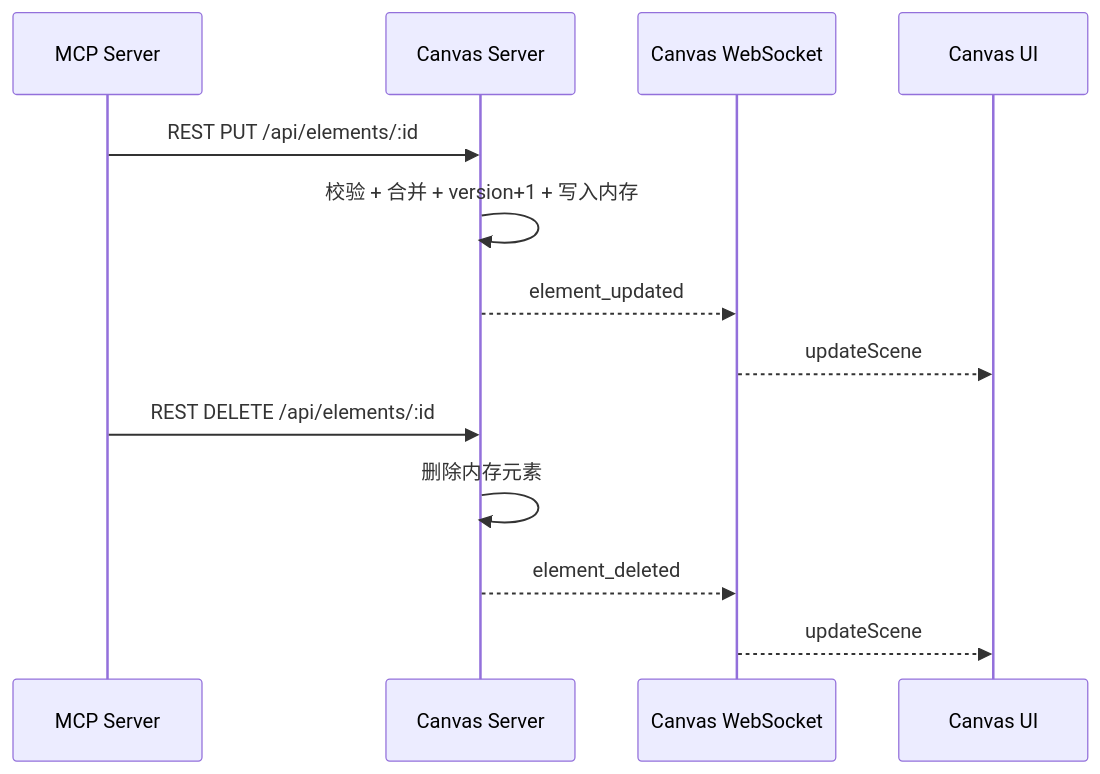
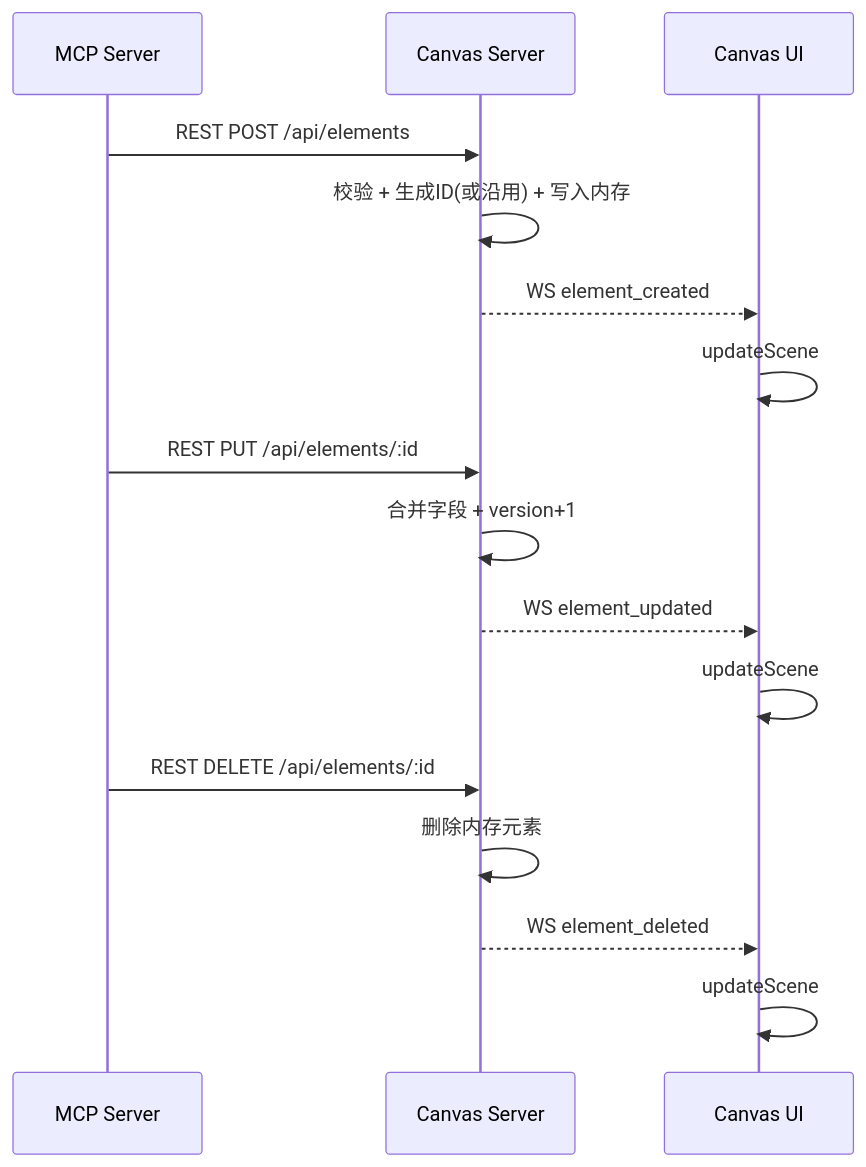
The second of 10 diagrams in README.md (jimorsm/obsidian-mcp-bridge-demo), drawn with Mermaid before and after one commit. The commit also changed other lines of this file and 2 other files, not shown here.

Commit message:
Refine bridge demo flows and API

````diff
--- a/README.md
+++ b/README.md
@@ -144,17 +35,21 @@
 ```mermaid
 sequenceDiagram
   participant MCP as MCP Server
   participant Canvas as Canvas Server
-  participant WS as Canvas WebSocket
   participant UI as Canvas UI
 
+  MCP->>Canvas: REST POST /api/elements
+  Canvas->>Canvas: 校验 + 生成ID(或沿用) + 写入内存
+  Canvas-->>UI: WS element_created
+  UI->>UI: updateScene
+
   MCP->>Canvas: REST PUT /api/elements/:id
-  Canvas->>Canvas: 校验 + 合并 + version+1 + 写入内存
-  Canvas-->>WS: element_updated
-  WS-->>UI: updateScene
+  Canvas->>Canvas: 合并字段 + version+1
+  Canvas-->>UI: WS element_updated
+  UI->>UI: updateScene
 
   MCP->>Canvas: REST DELETE /api/elements/:id
   Canvas->>Canvas: 删除内存元素
-  Canvas-->>WS: element_deleted
-  WS-->>UI: updateScene
+  Canvas-->>UI: WS element_deleted
+  UI->>UI: updateScene
 ```
````
